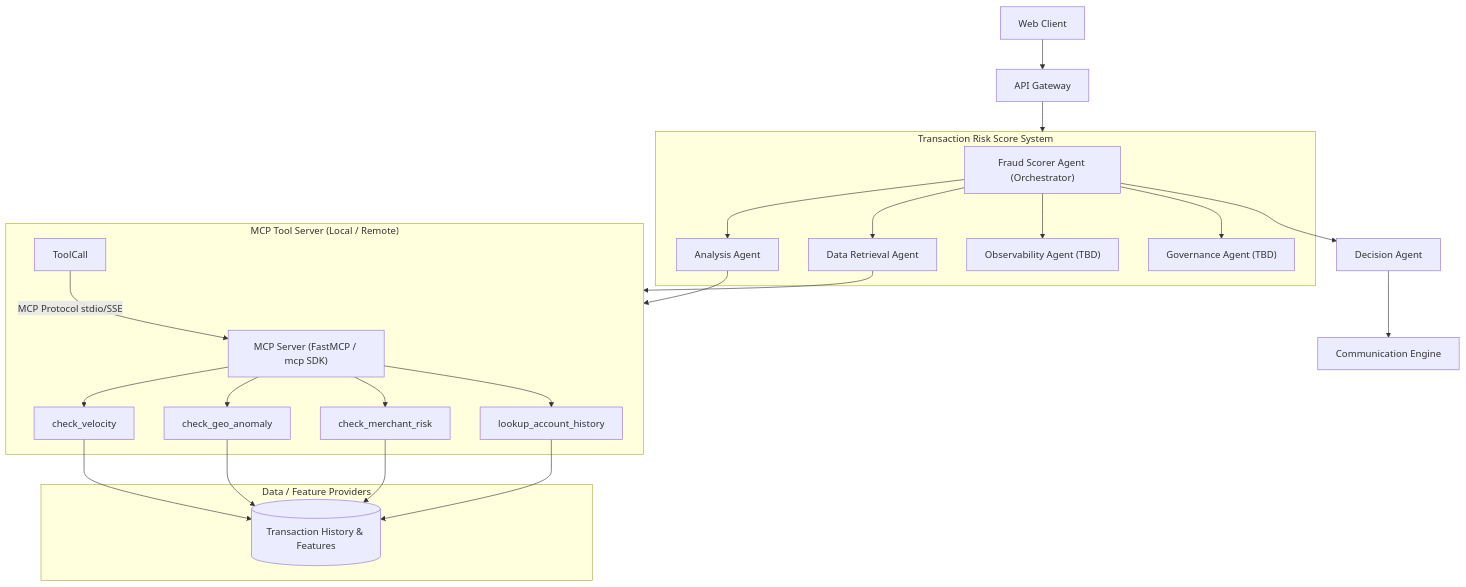
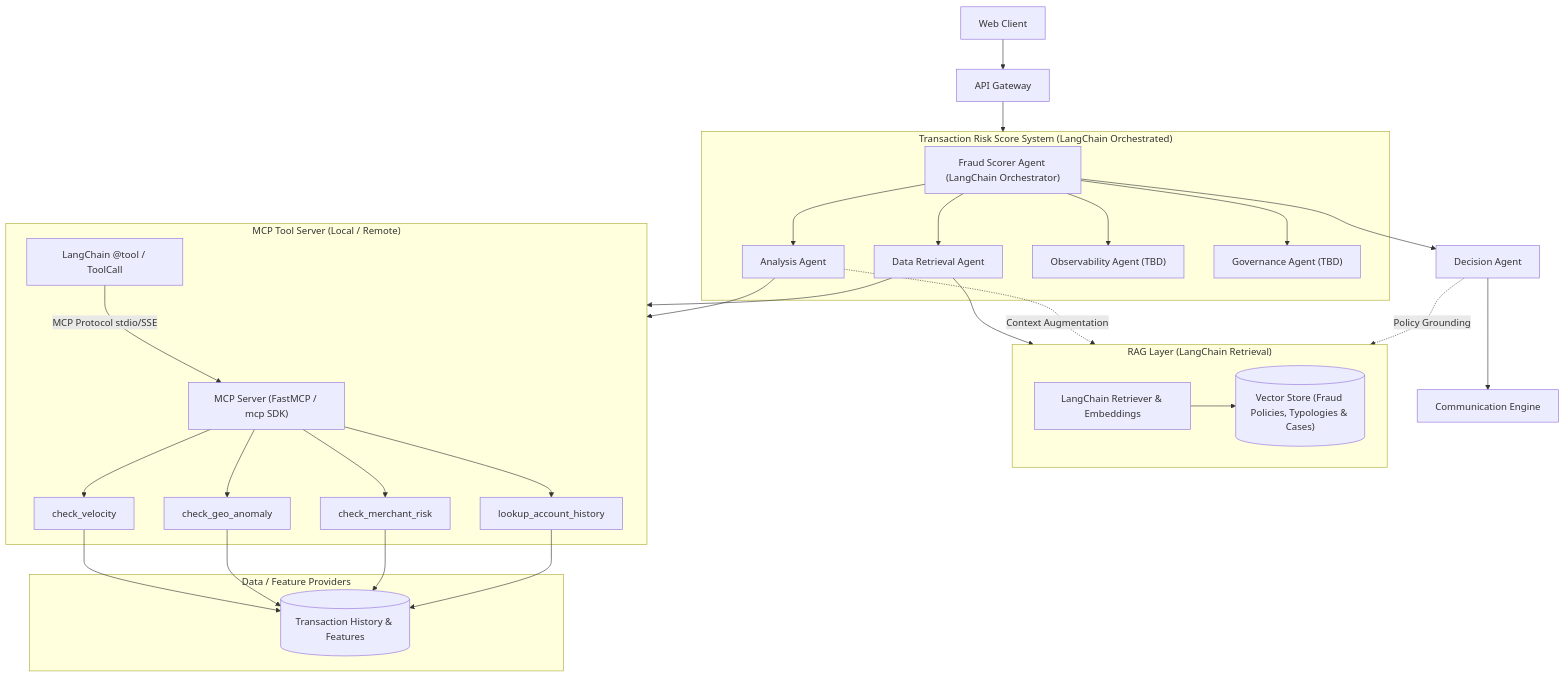
Before and after one commit to daknamsubho/TransactionFraudScorerAgenticAI: the diagram in docs/architecture.md, drawn with Mermaid. The commit also changed other lines of this file and 3 other files, not shown here.

````diff
--- a/docs/architecture.md
+++ b/docs/architecture.md
@@ -7,36 +7,44 @@
 ```mermaid
 flowchart TB
- subgraph s1["Transaction Risk Score System"]
-        n4["Fraud Scorer Agent (Orchestrator)"]
+ subgraph s1["Transaction Risk Score System (LangChain Orchestrated)"]
+        n4["Fraud Scorer Agent (LangChain Orchestrator)"]
         n5["Analysis Agent"]
         n6["Data Retrieval Agent"]
         n7["Observability Agent (TBD)"]
         n8["Governance Agent (TBD)"]
   end
+ subgraph subGraphRAG["RAG Layer (LangChain Retrieval)"]
+        Retriever["LangChain Retriever & Embeddings"]
+        VectorDB[("Vector Store (Fraud Policies, Typologies & Cases)")]
+  end
  subgraph subGraph1["MCP Tool Server (Local / Remote)"]
         MCPServer["MCP Server (FastMCP / mcp SDK)"]
-        ToolCall["ToolCall"]
+        ToolCall["LangChain @tool / ToolCall"]
         Tool1["check_velocity"]
         Tool2["check_geo_anomaly"]
         Tool3["check_merchant_risk"]
         Tool4["lookup_account_history"]
   end
  subgraph subGraph2["Data / Feature Providers"]
         MockDB[("Transaction History & Features")]
   end
     n1["Web Client"] --> n2["API Gateway"]
     n2 --> s1
     n4 --> n5 & n6 & n7 & n8 & n9["Decision Agent"]
     ToolCall -- MCP Protocol stdio/SSE --> MCPServer
     MCPServer --> Tool1 & Tool2 & Tool3 & Tool4
     Tool1 --> MockDB
     Tool2 --> MockDB
     Tool3 --> MockDB
     Tool4 --> MockDB
     n5 --> subGraph1
     n6 --> subGraph1
+    n6 --> subGraphRAG
+    n5 -. Context Augmentation .-> subGraphRAG
+    n9 -. Policy Grounding .-> subGraphRAG
+    Retriever --> VectorDB
     n9 --> n10["Communication Engine"]
 
     n1@{ shape: rect}
     n9@{ shape: rect}
 ```
````
